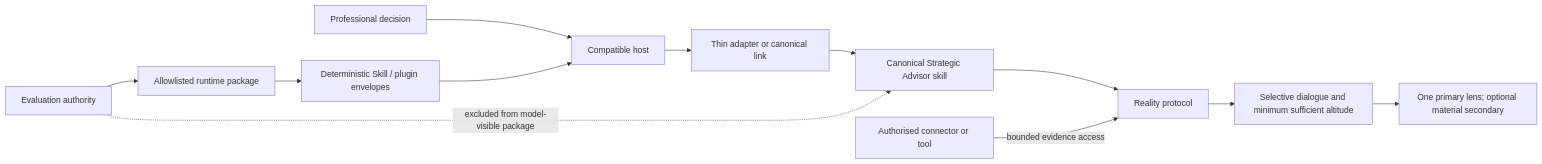
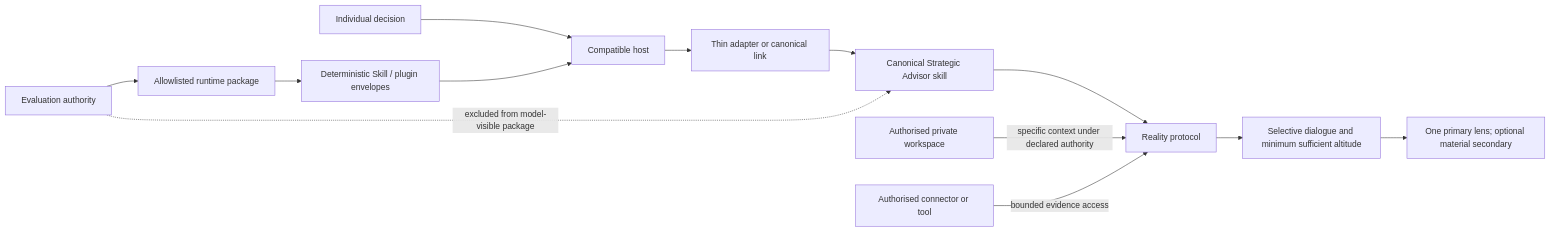
The diagram in ARCHITECTURE.md (johndetlefs/strategic-advisor), drawn with Mermaid before and after one commit. The commit also changed other lines of this file and 62 other files, not shown here.

````diff
--- a/ARCHITECTURE.md
+++ b/ARCHITECTURE.md
@@ -5,14 +5,15 @@
 ```mermaid
 flowchart LR
-    U["Professional decision"] --> H["Compatible host"]
+    U["Individual decision"] --> H["Compatible host"]
     H --> A["Thin adapter or canonical link"]
     A --> S["Canonical Strategic Advisor skill"]
     S --> C["Reality protocol"]
+    W["Authorised private workspace"] -->|"specific context under declared authority"| C
     C --> Q["Selective dialogue and minimum sufficient altitude"]
     Q --> L["One primary lens; optional material secondary"]
     X["Authorised connector or tool"] -->|"bounded evidence access"| C
     E["Evaluation authority"] --> P["Allowlisted runtime package"]
     P --> D["Deterministic Skill / plugin envelopes"]
     D --> H
     E -. "excluded from model-visible package" .-> S
 ```
````
